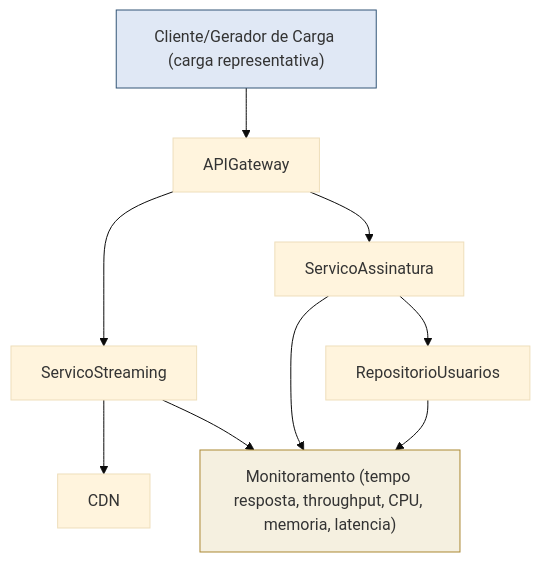
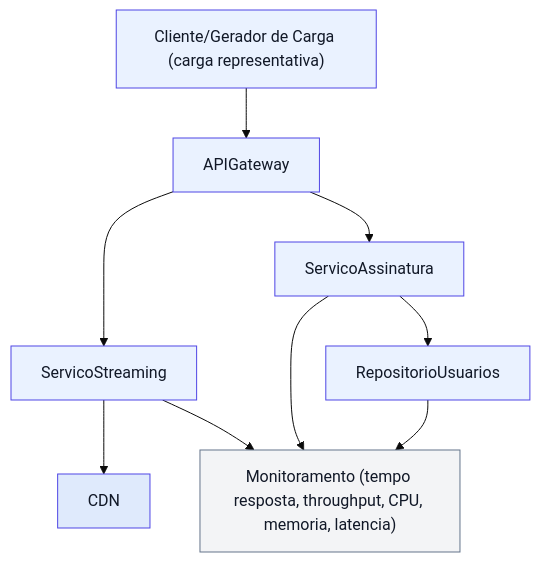
Before and after one commit to DaviPatricio06/meus-estudos-vvts: diagram 17 of 17 in README.MD, drawn with Mermaid (base theme). The commit also changed other lines of this file, not shown here.

````diff
--- a/README.MD
+++ b/README.MD
@@ -1399,14 +1401,19 @@
 ```mermaid
 graph TD
     Cliente["Cliente/Gerador de Carga (carga representativa)"] --> Gateway["APIGateway"]
     Gateway --> Streaming["ServicoStreaming"]
     Gateway --> Assinatura["ServicoAssinatura"]
     Streaming --> CDN["CDN"]
     Assinatura --> Repo["RepositorioUsuarios"]
     Streaming --> Monitor["Monitoramento (tempo resposta, throughput, CPU, memoria, latencia)"]
     Assinatura --> Monitor
     Repo --> Monitor
 
-    style Cliente fill:#e0e8f5,stroke:#357
-    style Monitor fill:#f5f0e0,stroke:#a83
+    style Cliente fill:#eaf2ff,stroke:#4f46e5,color:#111827
+    style Gateway fill:#eaf2ff,stroke:#4f46e5,color:#111827
+    style Streaming fill:#eaf2ff,stroke:#4f46e5,color:#111827
+    style Assinatura fill:#eaf2ff,stroke:#4f46e5,color:#111827
+    style CDN fill:#dfeafc,stroke:#4f46e5,color:#111827
+    style Repo fill:#eaf2ff,stroke:#4f46e5,color:#111827
+    style Monitor fill:#f3f4f6,stroke:#64748b,color:#111827
 ```
````
